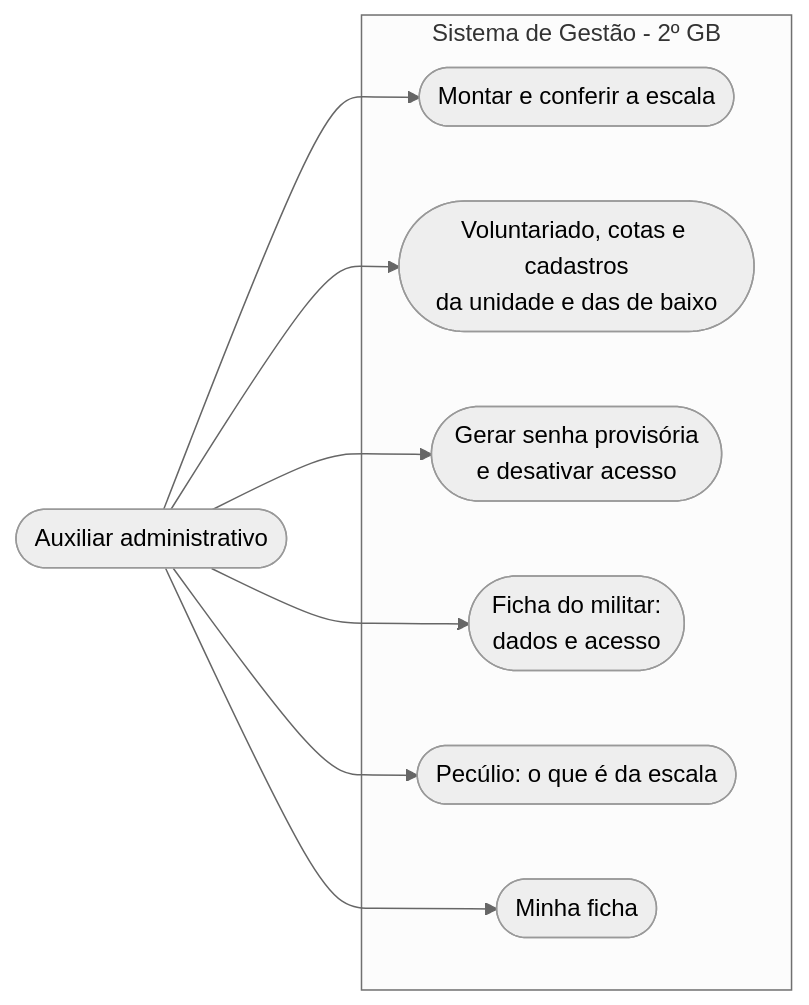
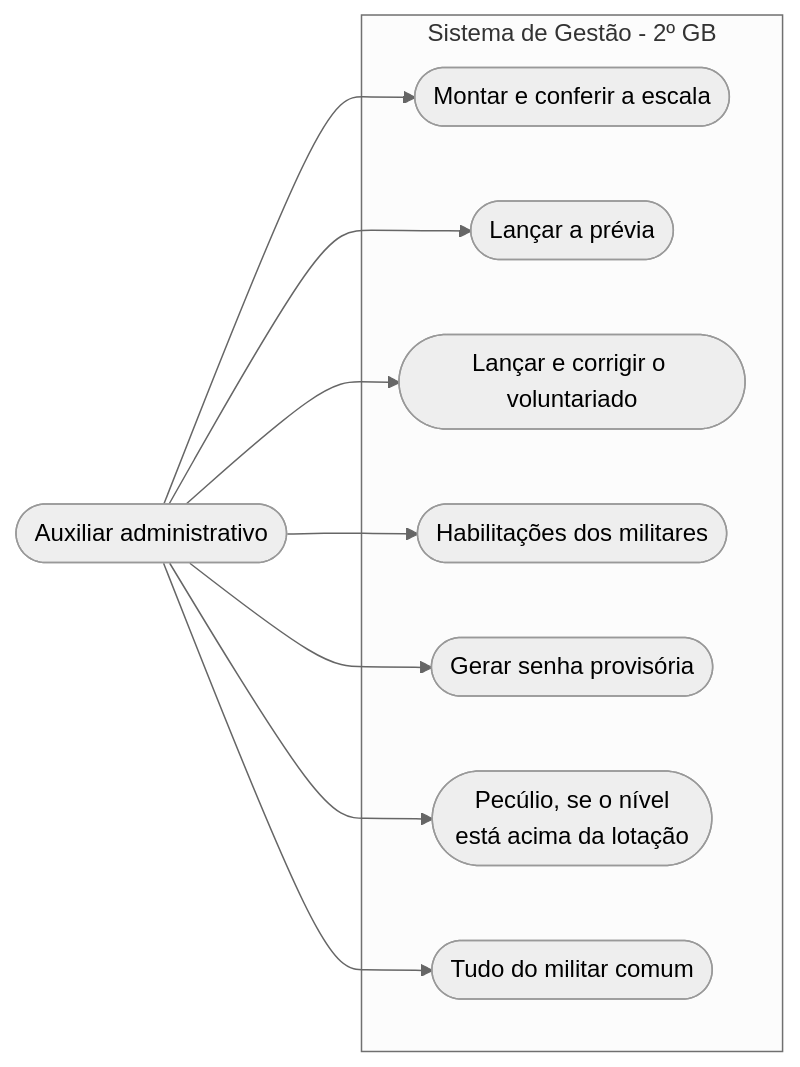
One commit to kuminho-br/escalas-2gb changed the second of 5 diagrams in docs/casos-de-uso.md. Above: the diagram before and after it, drawn with Mermaid (neutral theme). The commit also changed other lines of this file and 15 other files, not shown here.

````diff
--- a/docs/casos-de-uso.md
+++ b/docs/casos-de-uso.md
@@ -55,18 +79,20 @@
 ```mermaid
 flowchart LR
     U(["Auxiliar administrativo"])
     subgraph SIS["Sistema de Gestão - 2º GB"]
         M(["Montar e conferir a escala"])
-        C(["Voluntariado, cotas e cadastros<br/>da unidade e das de baixo"])
-        A(["Gerar senha provisória<br/>e desativar acesso"])
-        F(["Ficha do militar:<br/>dados e acesso"])
-        PE(["Pecúlio: o que é da escala"])
-        P(["Minha ficha"])
+        P(["Lançar a prévia"])
+        V(["Lançar e corrigir o voluntariado"])
+        H(["Habilitações dos militares"])
+        A(["Gerar senha provisória"])
+        PE(["Pecúlio, se o nível<br/>está acima da lotação"])
+        T(["Tudo do militar comum"])
     end
     U --> M
-    U --> C
+    U --> P
+    U --> V
+    U --> H
     U --> A
-    U --> F
     U --> PE
-    U --> P
+    U --> T
 ```
````
